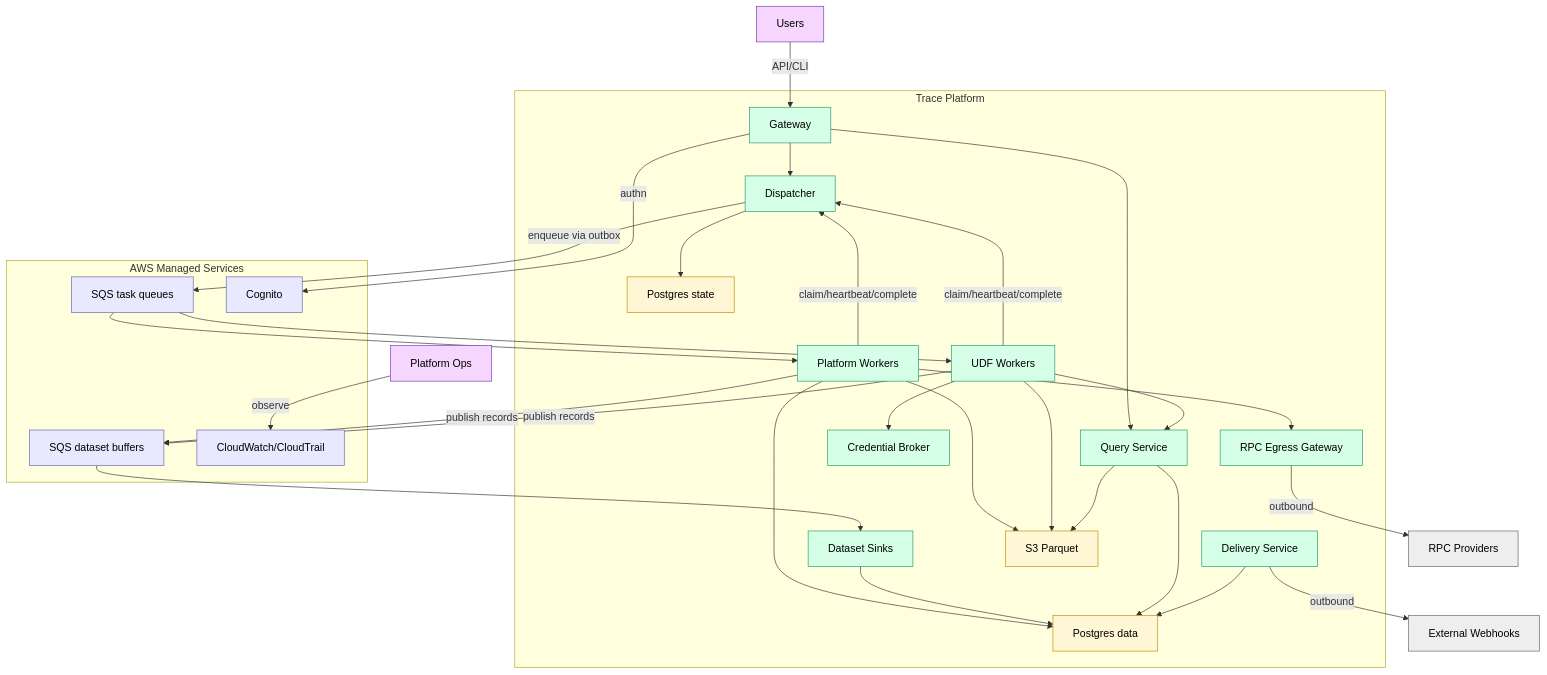
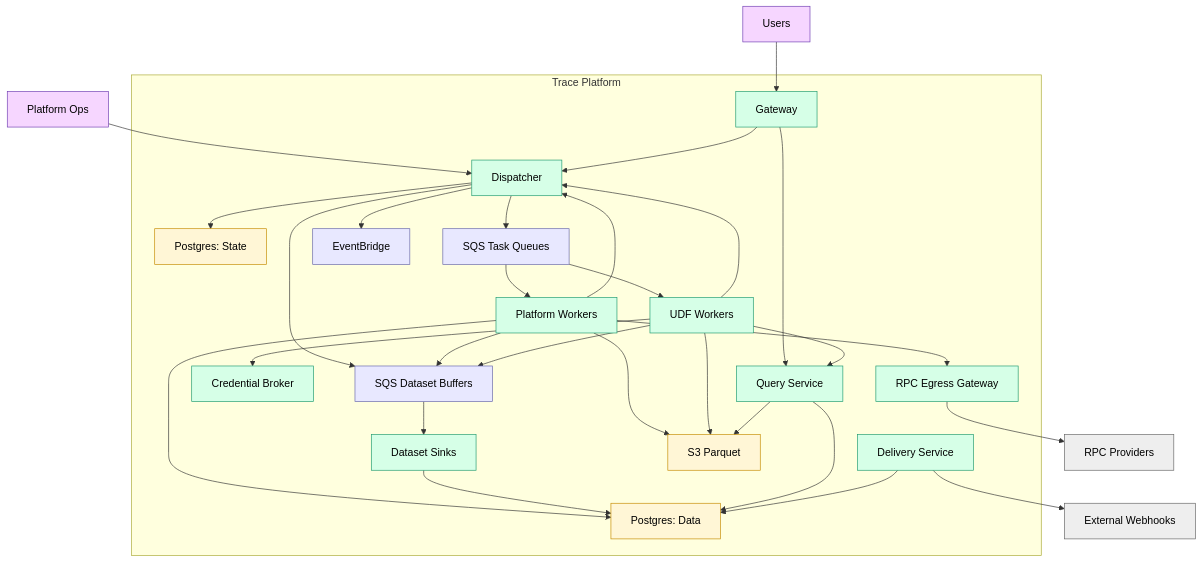
Before and after one commit to c7121/trace: the second of 2 diagrams in docs/architecture/c4.md, drawn with Mermaid. The commit also changed other lines of this file and 4 other files, not shown here.

````diff
--- a/docs/architecture/c4.md
+++ b/docs/architecture/c4.md
@@ -38,73 +37,71 @@
 ```mermaid
 flowchart TB
     users["Users"]:::person
     ops["Platform Ops"]:::person
     rpc["RPC Providers"]:::ext
     webhooks["External Webhooks"]:::ext
 
     subgraph Trace["Trace Platform"]
         gateway["Gateway"]:::container
         dispatcher["Dispatcher"]:::container
         query["Query Service"]:::container
         broker["Credential Broker"]:::container
         rpcgw["RPC Egress Gateway"]:::container
         delivery["Delivery Service"]:::container
         sinks["Dataset Sinks"]:::container
 
         platform_workers["Platform Workers"]:::container
         udf_workers["UDF Workers"]:::container
 
-        pg_state["Postgres state"]:::database
-        pg_data["Postgres data"]:::database
+        pg_state["Postgres: State"]:::database
+        pg_data["Postgres: Data"]:::database
         s3["S3 Parquet"]:::database
+
+        task_sqs["SQS Task Queues"]:::infra
+        buffer_sqs["SQS Dataset Buffers"]:::infra
+        bus["EventBridge"]:::infra
     end
 
-    subgraph AWS["AWS Managed Services"]
-        task_sqs["SQS task queues"]:::infra
-        buffer_sqs["SQS dataset buffers"]:::infra
-        cognito["Cognito"]:::infra
-        cloudwatch["CloudWatch/CloudTrail"]:::infra
-    end
+    users --> gateway
+    ops --> dispatcher
 
-    users -->|API/CLI| gateway
-    ops -->|observe| cloudwatch
-
-    gateway -->|authn| cognito
     gateway --> dispatcher
     gateway --> query
 
     dispatcher --> pg_state
-    dispatcher -->|enqueue via outbox| task_sqs
+    dispatcher --> bus
+    dispatcher --> task_sqs
+    dispatcher --> buffer_sqs
 
     task_sqs --> platform_workers
     task_sqs --> udf_workers
 
-    platform_workers -->|claim/heartbeat/complete| dispatcher
-    udf_workers -->|claim/heartbeat/complete| dispatcher
+    platform_workers --> dispatcher
+    udf_workers --> dispatcher
 
     platform_workers --> pg_data
     platform_workers --> s3
-    platform_workers -->|publish records| buffer_sqs
+    platform_workers --> buffer_sqs
     platform_workers --> rpcgw
 
     udf_workers --> query
     udf_workers --> broker
     udf_workers --> s3
-    udf_workers -->|publish records| buffer_sqs
+    udf_workers --> buffer_sqs
 
     buffer_sqs --> sinks
     sinks --> pg_data
 
     query --> pg_data
     query --> s3
 
-    rpcgw -->|outbound| rpc
+    rpcgw --> rpc
     delivery --> pg_data
-    delivery -->|outbound| webhooks
+    delivery --> webhooks
 
     classDef person fill:#f6d6ff,stroke:#6f3fb3,color:#000;
     classDef container fill:#d6ffe7,stroke:#1f9a6f,color:#000;
     classDef database fill:#fff6d6,stroke:#c58b00,color:#000;
     classDef infra fill:#e8e8ff,stroke:#6666aa,color:#000;
     classDef ext fill:#eee,stroke:#666,color:#000;
 ```
````
